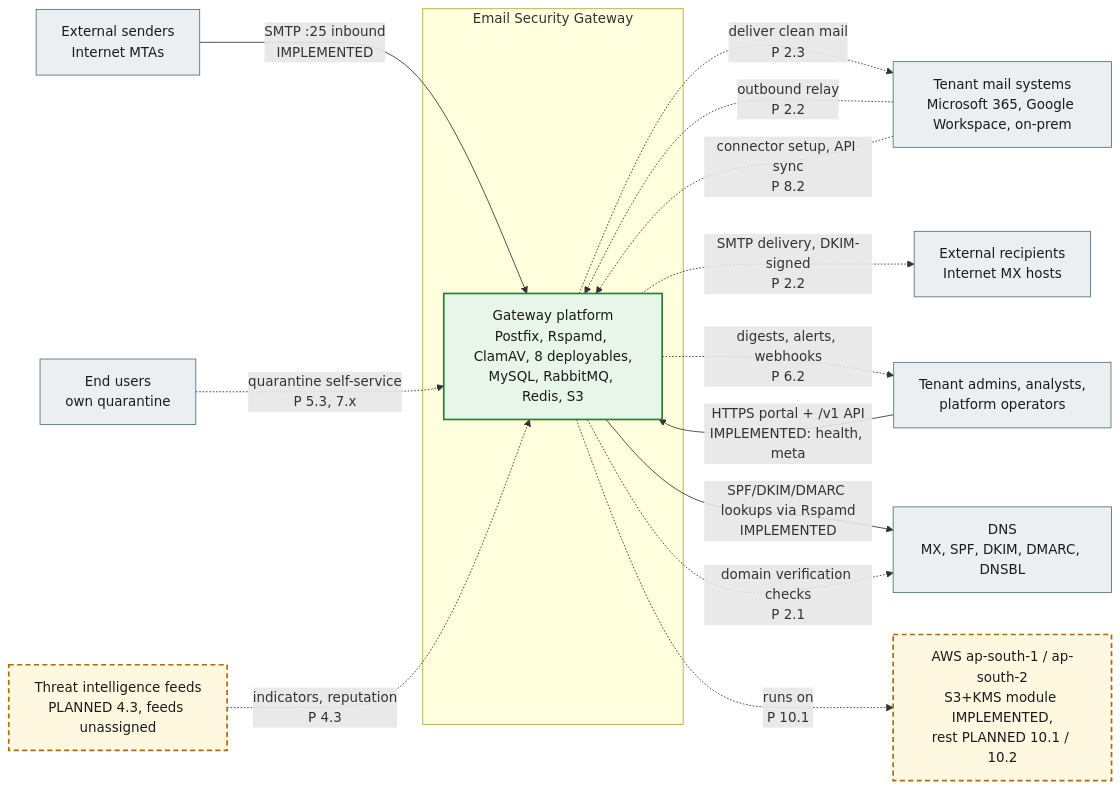
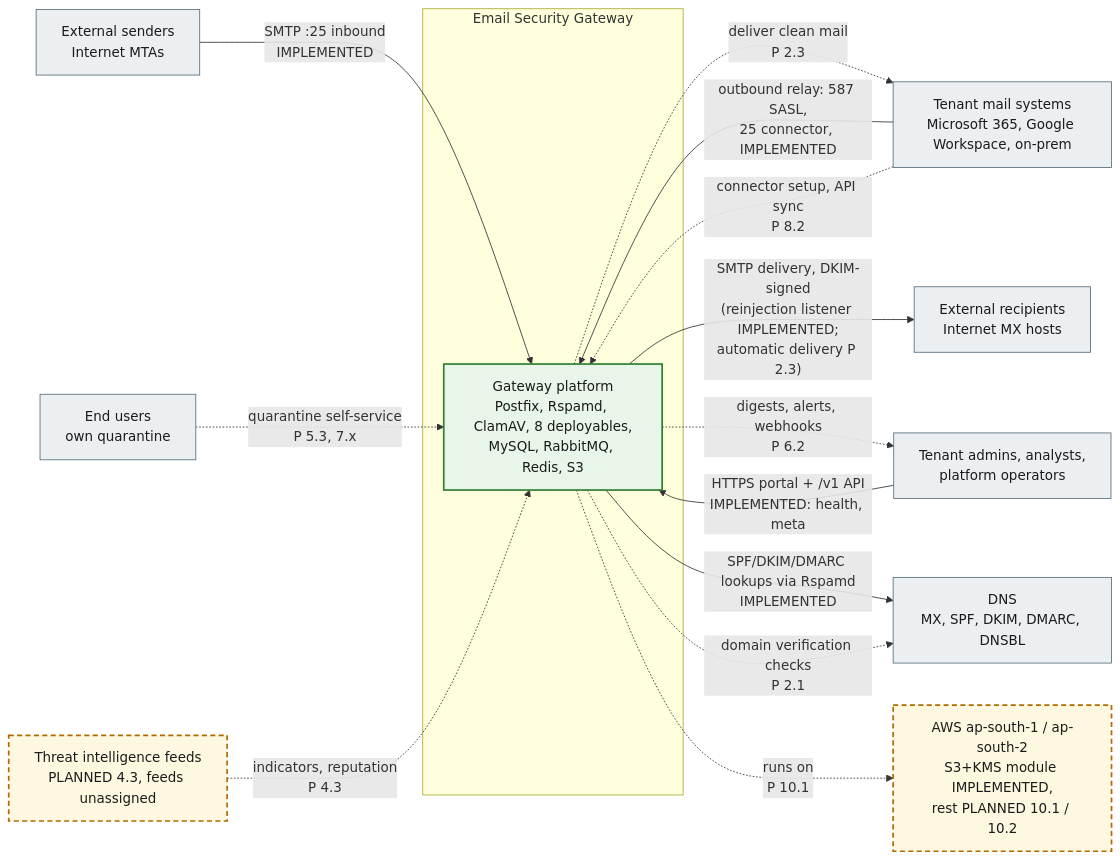
The diagram in docs/architecture/diagrams/01-system-context.md (mnnitsarvesh-ai/email-gateway), drawn with Mermaid before and after one commit. The commit also changed other lines of this file and 282 other files, not shown here.

````diff
--- a/docs/architecture/diagrams/01-system-context.md
+++ b/docs/architecture/diagrams/01-system-context.md
@@ -5,32 +5,32 @@
 ```mermaid
 flowchart LR
   classDef impl fill:#e8f5e9,stroke:#2e7d32,stroke-width:2px,color:#1b1b1b
   classDef planned fill:#fff8e1,stroke:#b26a00,stroke-width:2px,stroke-dasharray:6 4,color:#1b1b1b
   classDef ext fill:#eceff1,stroke:#546e7a,stroke-width:1px,color:#1b1b1b
 
   senders["External senders<br/>Internet MTAs"]:::ext
   recipients["External recipients<br/>Internet MX hosts"]:::ext
   tenantMail["Tenant mail systems<br/>Microsoft 365, Google Workspace, on-prem"]:::ext
   admins["Tenant admins, analysts,<br/>platform operators"]:::ext
   endUsers["End users<br/>own quarantine"]:::ext
   dns["DNS<br/>MX, SPF, DKIM, DMARC, DNSBL"]:::ext
   feeds["Threat intelligence feeds<br/>PLANNED 4.3, feeds unassigned"]:::planned
   aws["AWS ap-south-1 / ap-south-2<br/>S3+KMS module IMPLEMENTED,<br/>rest PLANNED 10.1 / 10.2"]:::planned
 
   subgraph gw["Email Security Gateway"]
     core["Gateway platform<br/>Postfix, Rspamd, ClamAV, 8 deployables,<br/>MySQL, RabbitMQ, Redis, S3"]:::impl
   end
 
   senders -->|"SMTP :25 inbound<br/>IMPLEMENTED"| core
   core -.->|"deliver clean mail<br/>P 2.3"| tenantMail
-  tenantMail -.->|"outbound relay<br/>P 2.2"| core
-  core -.->|"SMTP delivery, DKIM-signed<br/>P 2.2"| recipients
+  tenantMail -->|"outbound relay: 587 SASL,<br/>25 connector, IMPLEMENTED"| core
+  core -->|"SMTP delivery, DKIM-signed<br/>(reinjection listener IMPLEMENTED;<br/>automatic delivery P 2.3)"| recipients
   tenantMail -.->|"connector setup, API sync<br/>P 8.2"| core
   admins -->|"HTTPS portal + /v1 API<br/>IMPLEMENTED: health, meta"| core
   endUsers -.->|"quarantine self-service<br/>P 5.3, 7.x"| core
   core -.->|"digests, alerts, webhooks<br/>P 6.2"| admins
   core -->|"SPF/DKIM/DMARC lookups via Rspamd<br/>IMPLEMENTED"| dns
   core -.->|"domain verification checks<br/>P 2.1"| dns
   feeds -.->|"indicators, reputation<br/>P 4.3"| core
   core -.->|"runs on<br/>P 10.1"| aws
 ```
````
